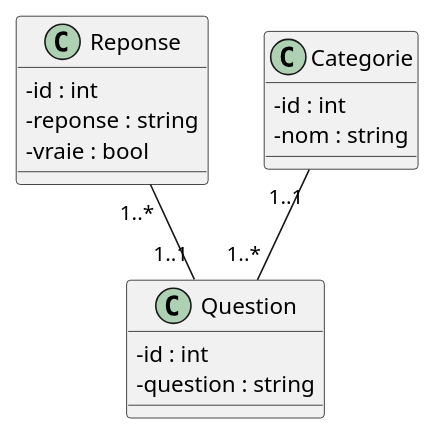
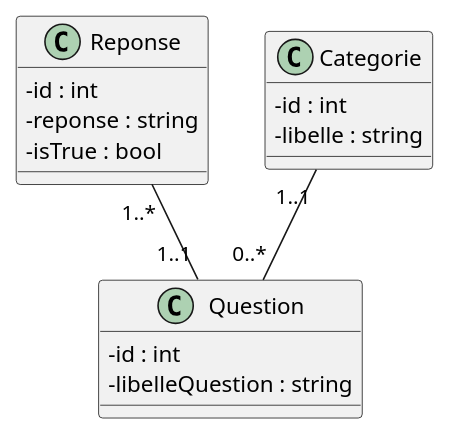
The diagram in documentation/diagramme de classes.puml (pgrvs/Projet-API-quiz), drawn with PlantUML before and after one commit. The commit also changed 7 other files, not shown here.

Commit message:
creation diagramme de classes

```diff
--- a/documentation/diagramme de classes.puml
+++ b/documentation/diagramme de classes.puml
@@ -1,22 +1,22 @@
 @startuml
 skinparam classAttributeIconSize 0
 
 class Question {
     - id : int
-    - question : string
+    - libelleQuestion : string
 }
 
 class Reponse {
     - id : int
     - reponse : string
-    - vraie : bool
+    - isTrue : bool
 }
 
 class Categorie {
     - id : int
-    - nom : string
+    - libelle : string
 }
 
-Categorie"1..1"--"1..*"Question
+Categorie"1..1"--"0..*"Question
 Reponse"1..*"--"1..1"Question
 @enduml
```
